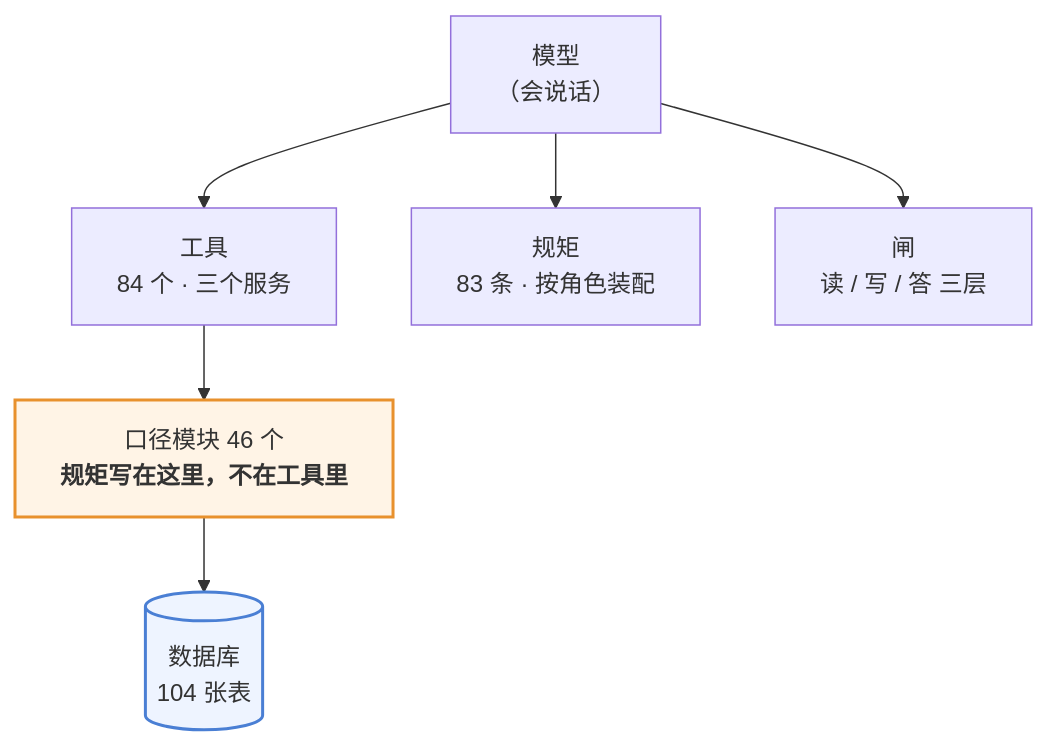
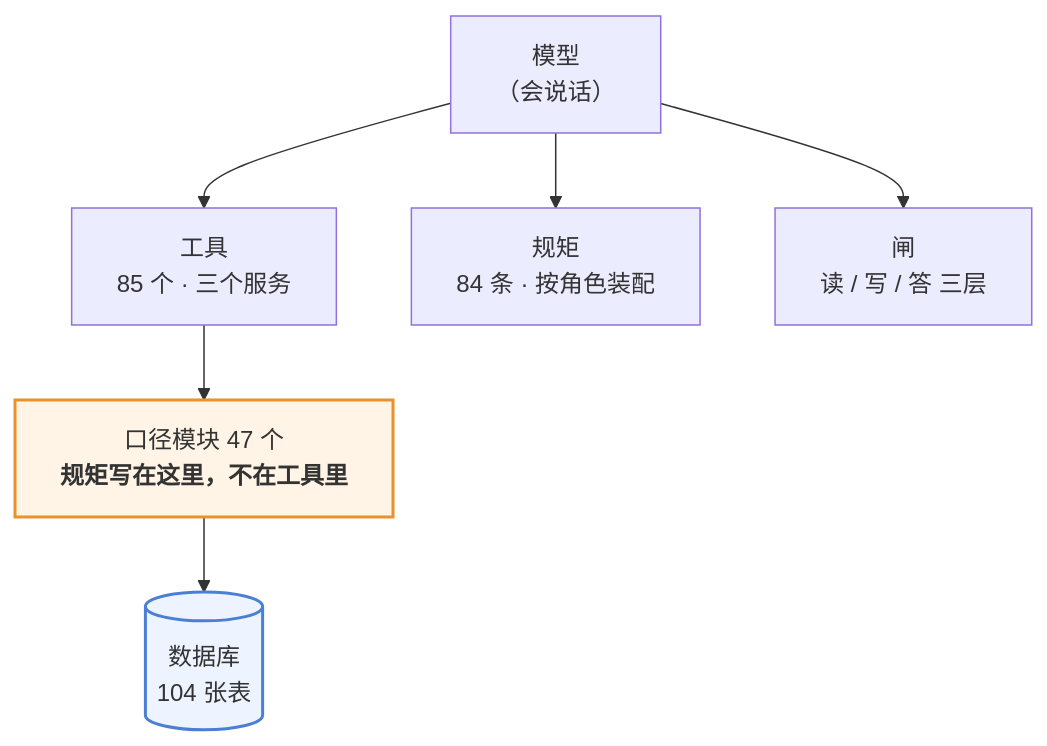
One commit to 843773296-rgb/lanxiu-yunshang-agent changed the first of 3 diagrams in 澜绣云裳agent-产品说明.md. Above: the diagram before and after it, drawn with Mermaid. The commit also changed other lines of this file and 14 other files, not shown here.

````diff
--- a/澜绣云裳agent-产品说明.md
+++ b/澜绣云裳agent-产品说明.md
@@ -62,12 +62,12 @@
 ```mermaid
 flowchart TD
     M["模型<br/>（会说话）"]
-    M --> T["工具<br/>84 个 · 三个服务"]
-    M --> R["规矩<br/>83 条 · 按角色装配"]
+    M --> T["工具<br/>85 个 · 三个服务"]
+    M --> R["规矩<br/>84 条 · 按角色装配"]
     M --> G["闸<br/>读 / 写 / 答 三层"]
-    T --> K["口径模块 46 个<br/><b>规矩写在这里，不在工具里</b>"]
+    T --> K["口径模块 47 个<br/><b>规矩写在这里，不在工具里</b>"]
     K --> DB[("数据库<br/>104 张表")]
 
     style K fill:#fff4e6,stroke:#e8912d,stroke-width:2px
     style DB fill:#eef4ff,stroke:#4a7fd4,stroke-width:2px
 ```
````
